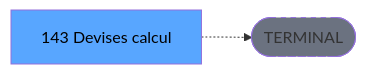
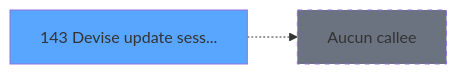
One commit to thonyAGP/magic-migration changed the third of 3 diagrams in .openspec/specs/ADH-IDE-143.md. Above: the diagram before and after it, drawn with Mermaid. The commit also changed other lines of this file and 311 other files, not shown here.

````diff
--- a/.openspec/specs/ADH-IDE-143.md
+++ b/.openspec/specs/ADH-IDE-143.md
@@ -140,8 +177,8 @@
 ```mermaid
 graph LR
-    T[143 Devises calcul ]
-    TERM([TERMINAL])
-    T -.-> TERM
-    style TERM fill:#6b7280,stroke-dasharray: 5 5
-    style T fill:#58a6ff,color:#000
+    T143[143 Devise update sess...]
+    style T143 fill:#58a6ff
+    NONE[Aucun callee]
+    T143 -.-> NONE
+    style NONE fill:#6b7280,stroke-dasharray: 5 5
 ```
````
